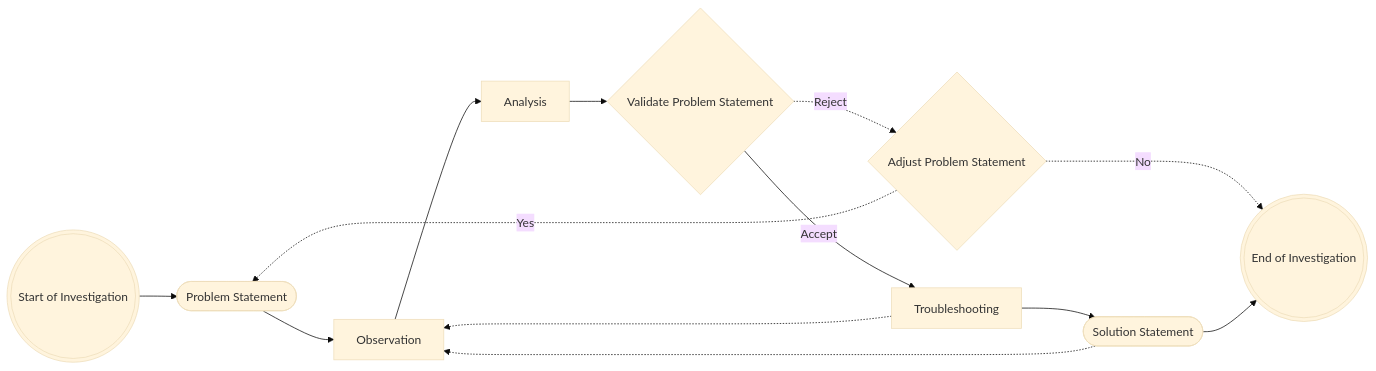
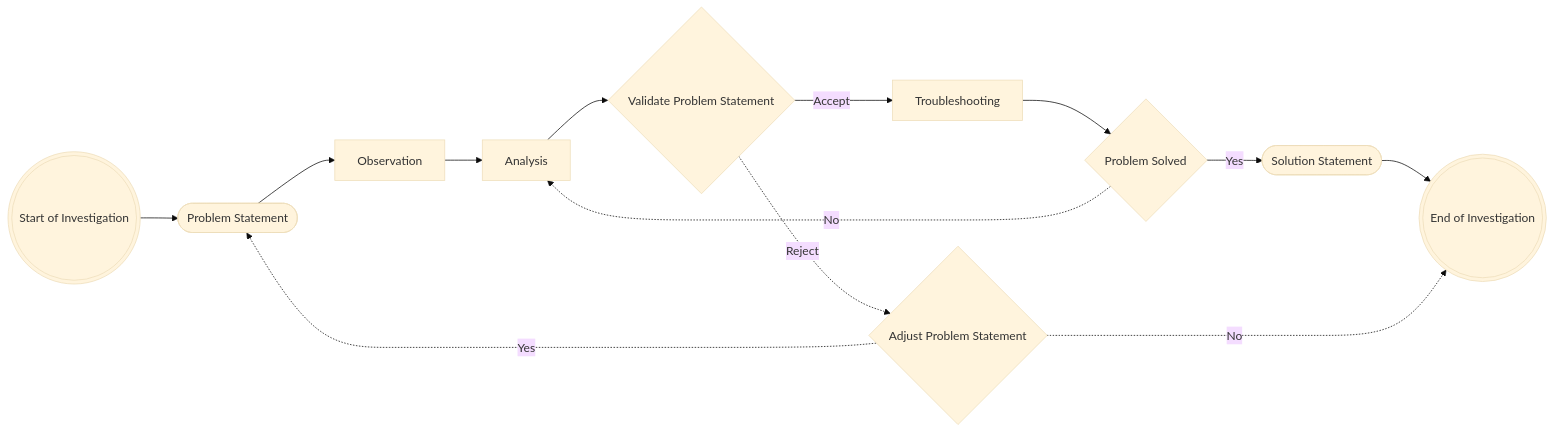
Before and after one commit to swanson8r/investigation: the diagram in README.md, drawn with Mermaid (base theme).

Commit message:
Update README.md
Corrected flowchart

````diff
--- a/README.md
+++ b/README.md
@@ -9,25 +9,27 @@
 ```mermaid
  flowchart LR;
+     J((("Start of Investigation")));
      A(["Problem Statement"]);
      B["Observation"];
+     D{"Validate Problem Statement"};
      C["Analysis"];
-     D{"Validate Problem Statement"};
-     E{"Adjust Problem Statement"};
-     F["Troubleshooting"];
-     G(["Solution Statement"]);
-     H((("End of Investigation")));
-     I((("Start of Investigation")));
+     E["Troubleshooting"];
+     F{"Adjust Problem Statement"};
+     H(["Solution Statement"]);
+     I((("End of Investigation")));
+     G{"Problem Solved"};
 
-     I-->A;
+     J-->A;
      A-->B;
      B-->C;
      C-->D;
-     D-->|Accept| F;
-     D-.->|Reject| E;
-     E-.->|Yes| A;
-     E-.->|No| H;
-     F-.->B;
-     F-->G;
-     G-.->B;
-     G-->H;
+     D-->|Accept| E;
+     E-->G;
+     G-->|Yes| H;
+     H-->I;
+     D-.->|Reject| F;
+     F-.->|Yes| A;
+     F-.->|No| I;
+     G-.->|No| C;
+
 ```
````
